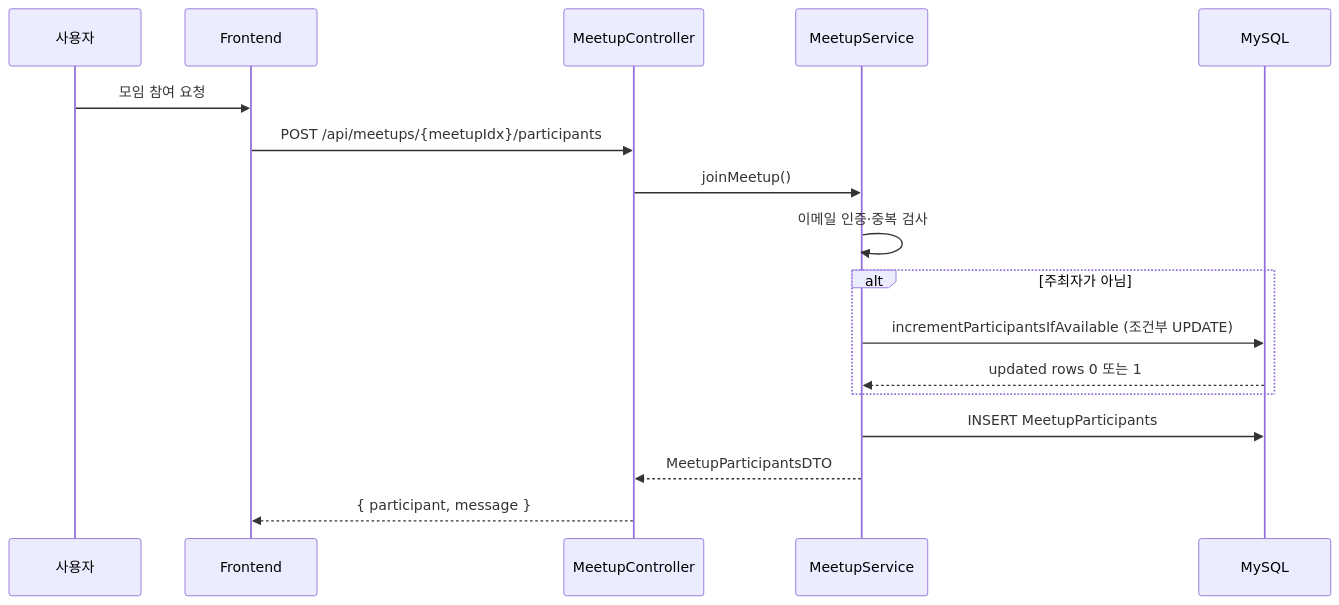
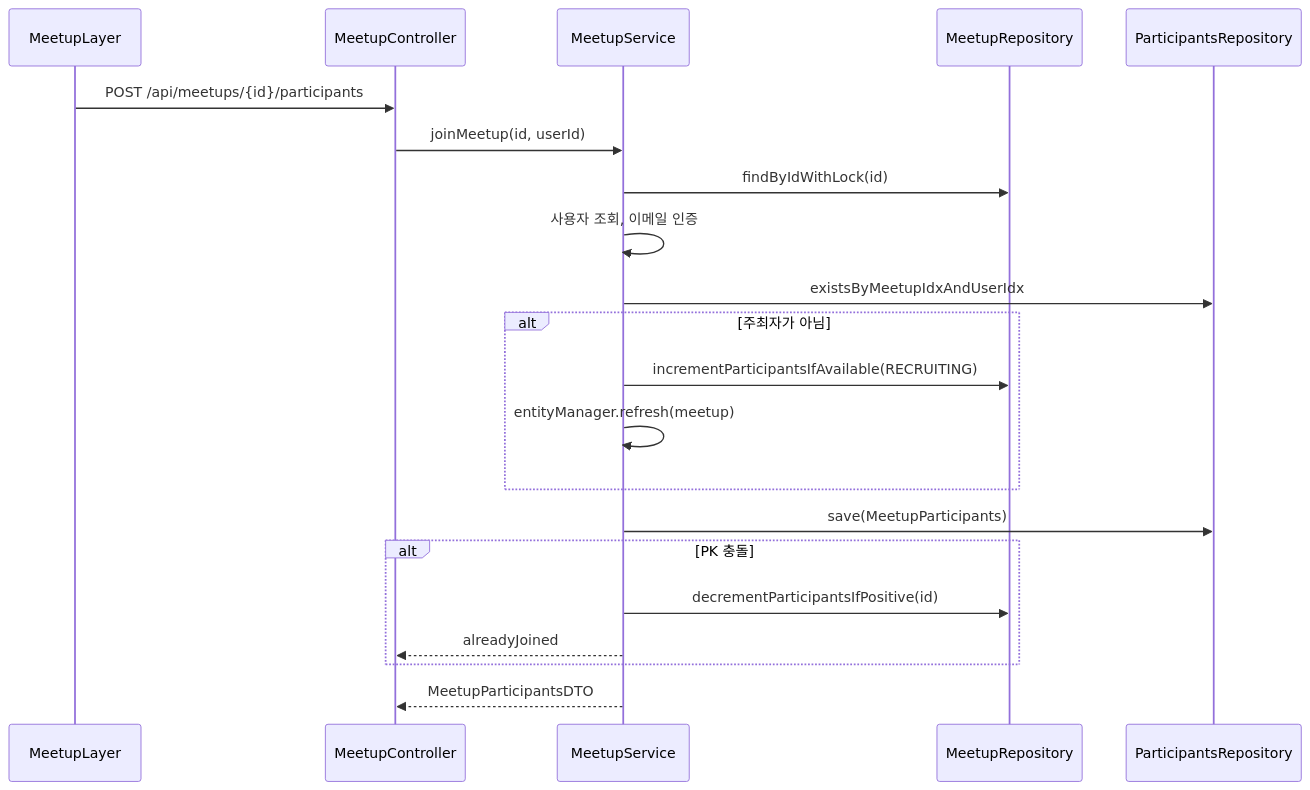
The third of 6 diagrams in docs/architecture/meetup/산책 & 오프라인 모임 아키텍처.md (makkong1/Petory), drawn with Mermaid before and after one commit. The commit also changed other lines of this file and 44 other files, not shown here.

````diff
--- a/docs/architecture/meetup/산책 & 오프라인 모임 아키텍처.md
+++ b/docs/architecture/meetup/산책 & 오프라인 모임 아키텍처.md
@@ -305,21 +165,24 @@
 ```mermaid
 sequenceDiagram
-    participant User as 사용자
-    participant Frontend
-    participant MeetupController
-    participant MeetupService
-    participant MySQL
-    
-    User->>Frontend: 모임 참여 요청
-    Frontend->>MeetupController: POST /api/meetups/{meetupIdx}/participants
-    MeetupController->>MeetupService: joinMeetup()
-    
-    MeetupService->>MeetupService: 이메일 인증·중복 검사
+    participant FE as MeetupLayer
+    participant API as MeetupController
+    participant S as MeetupService
+    participant R as MeetupRepository
+    participant P as ParticipantsRepository
+
+    FE->>API: POST /api/meetups/{id}/participants
+    API->>S: joinMeetup(id, userId)
+    S->>R: findByIdWithLock(id)
+    S->>S: 사용자 조회, 이메일 인증
+    S->>P: existsByMeetupIdxAndUserIdx
     alt 주최자가 아님
-        MeetupService->>MySQL: incrementParticipantsIfAvailable (조건부 UPDATE)
-        MySQL-->>MeetupService: updated rows 0 또는 1
+        S->>R: incrementParticipantsIfAvailable(RECRUITING)
+        S->>S: entityManager.refresh(meetup)
     end
-    MeetupService->>MySQL: INSERT MeetupParticipants
-    MeetupService-->>MeetupController: MeetupParticipantsDTO
-    MeetupController-->>Frontend: { participant, message }
+    S->>P: save(MeetupParticipants)
+    alt PK 충돌
+        S->>R: decrementParticipantsIfPositive(id)
+        S-->>API: alreadyJoined
+    end
+    S-->>API: MeetupParticipantsDTO
 ```
````
